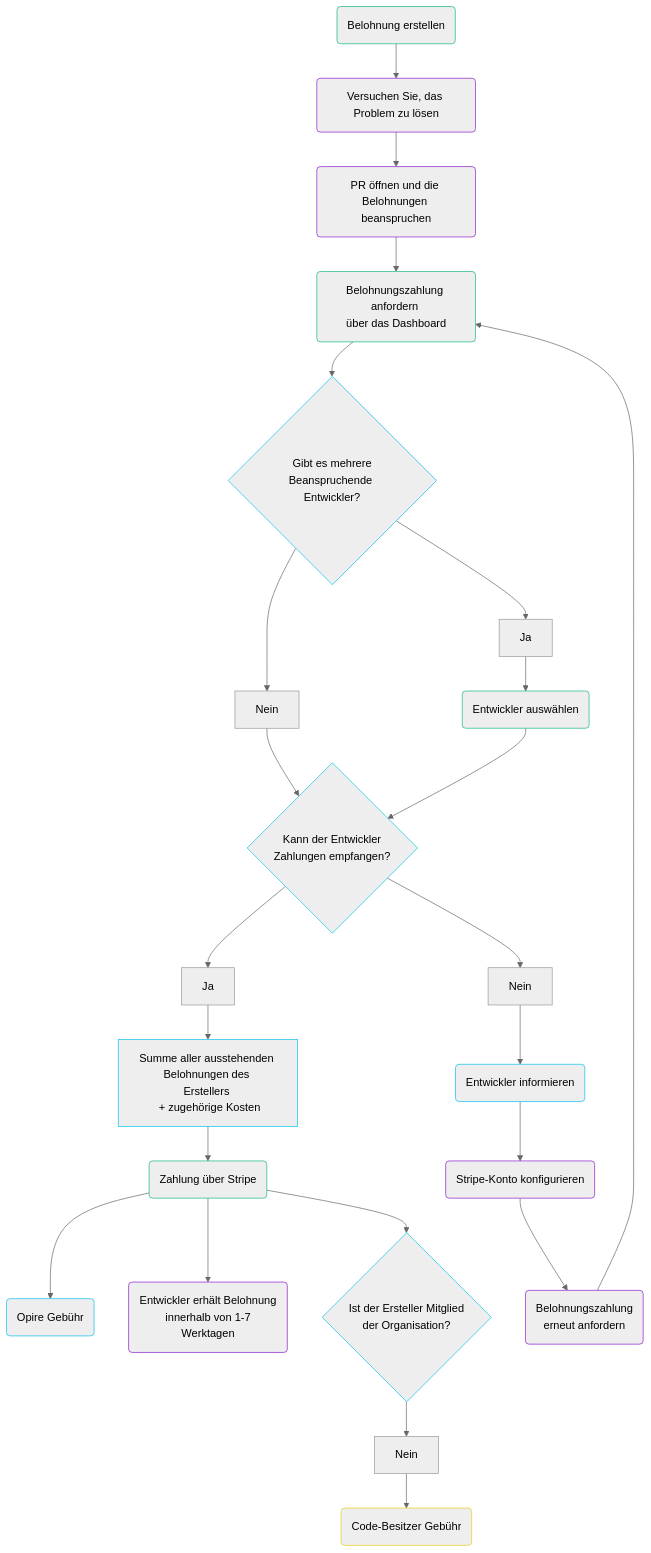
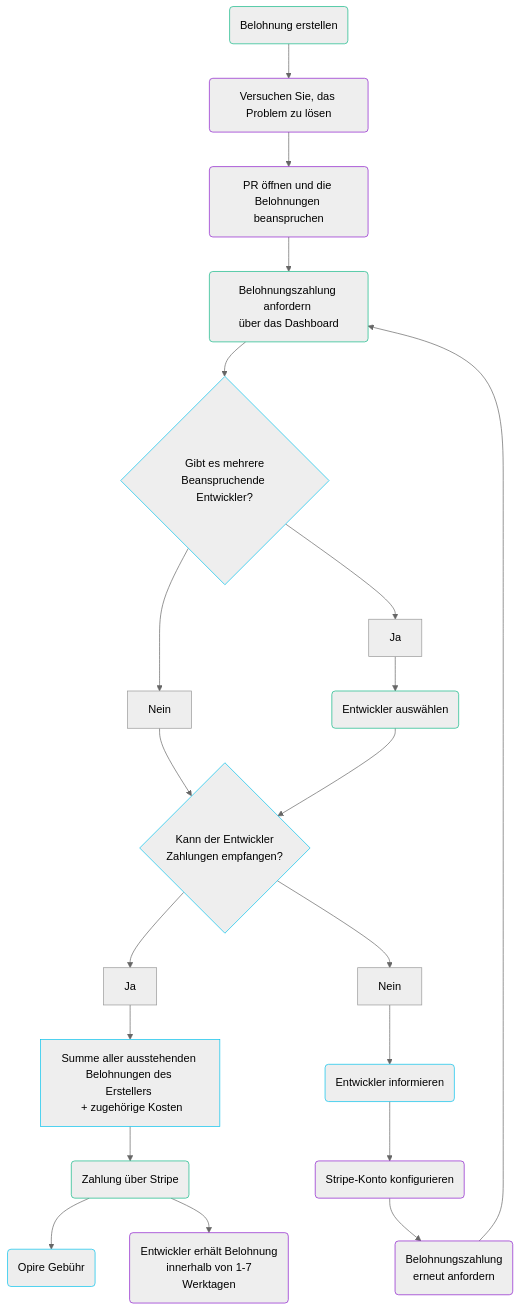
One commit to Opire/docs changed the second of 2 diagrams in pages/rewards/lifecycle.de.mdx. Above: the diagram before and after it, drawn with Mermaid (neutral theme). The commit also changed other lines of this file and 34 other files, not shown here.

Commit message:
Remove code owner fee references

````diff
--- a/pages/rewards/lifecycle.de.mdx
+++ b/pages/rewards/lifecycle.de.mdx
@@ -49,22 +41,21 @@
 ```mermaid
 flowchart TD
     classDef opire stroke:#06C2EC
     classDef creator stroke:#12b886
     classDef programmer stroke:#8D1DCD
     classDef codeowner stroke:#E7CE1B
     create_reward(Belohnung erstellen):::creator --> try_to_solve(Versuchen Sie, das Problem zu lösen):::programmer
     try_to_solve --> claim_rewards(PR öffnen und die Belohnungen <br/>beanspruchen):::programmer
     claim_rewards --> pay_request(Belohnungszahlung anfordern <br/>über das Dashboard):::creator
     pay_request --> multiple_programmers{Gibt es mehrere<br/>Beanspruchende Entwickler?}:::opire
     multiple_programmers --> multiple_programmers_no[Nein] --> can_programmer_be_paid{Kann der Entwickler<br/>Zahlungen empfangen?}:::opire
     multiple_programmers --> multiple_programmers_yes[Ja] --> choose_programmer(Entwickler auswählen):::creator --> can_programmer_be_paid
     can_programmer_be_paid --> can_programmer_be_paid_yes[Ja] --> sum_rewards_amount[Summe aller ausstehenden Belohnungen des Erstellers <br/> + zugehörige Kosten]:::opire
     sum_rewards_amount --> pay_from_stripe(Zahlung über Stripe):::creator
     pay_from_stripe --> opire_fee(Opire Gebühr):::opire
     pay_from_stripe --> programmer_payment(Entwickler erhält Belohnung<br/> innerhalb von 1-7 Werktagen):::programmer
-    pay_from_stripe --> creator_is_member{Ist der Ersteller Mitglied<br/> der Organisation?}:::opire -->  creator_is_not_member[Nein] --> codeowner_fee(Code-Besitzer Gebühr):::codeowner
     can_programmer_be_paid --> can_programmer_be_paid_no[Nein] --> D(Entwickler informieren):::opire
     D --> H(Stripe-Konto konfigurieren):::programmer
     H --> I(Belohnungszahlung <br/>erneut anfordern):::programmer
     I --> pay_request
 ```
````
